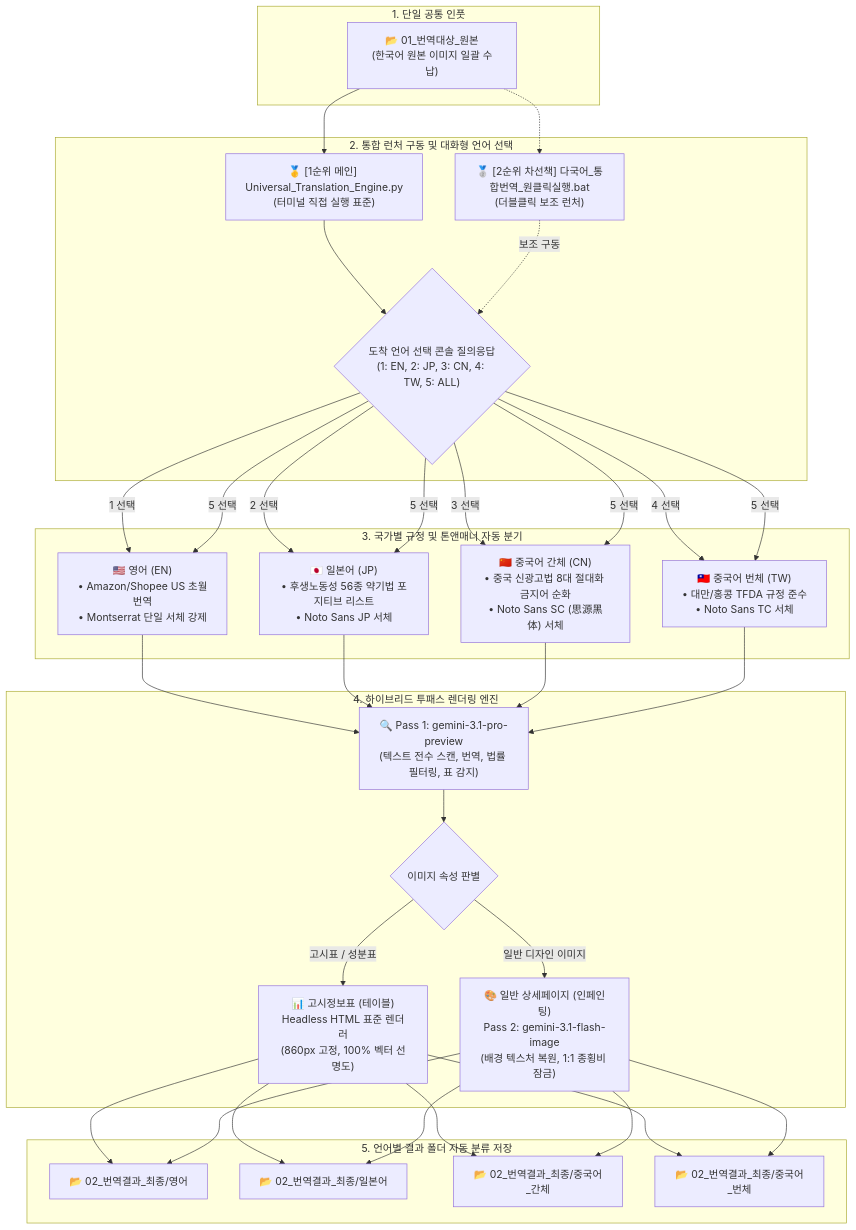
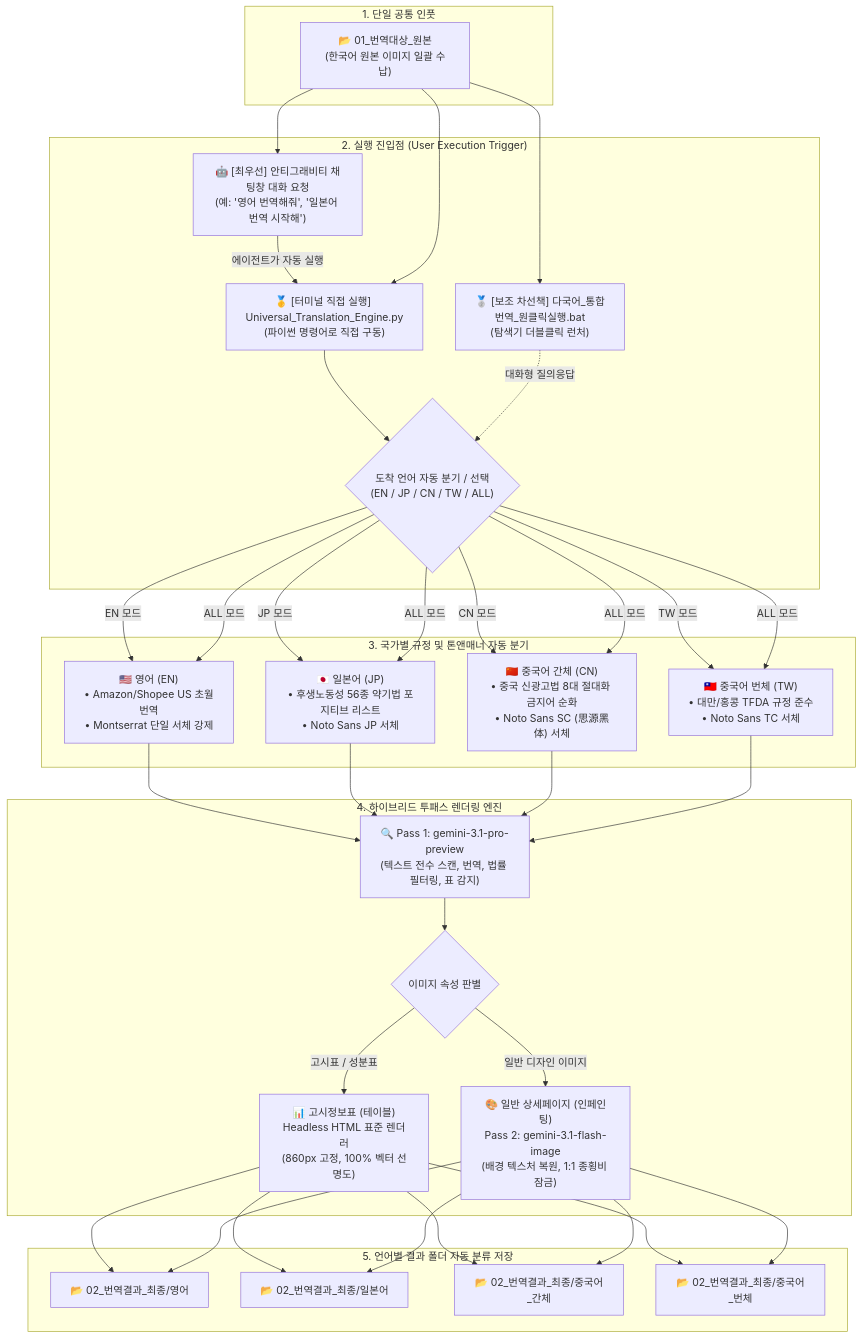
The diagram in README.md (euntaewoo/PANDORA), drawn with Mermaid before and after one commit. The commit also changed other lines of this file, not shown here.

Commit message:
docs: Add Antigravity chat trigger instructions to README

````diff
--- a/README.md
+++ b/README.md
@@ -9,52 +9,52 @@
 ```mermaid
 flowchart TD
     subgraph S1["1. 단일 공통 인풋"]
         IN["📂 01_번역대상_원본<br/>(한국어 원본 이미지 일괄 수납)"]
     end
 
-    subgraph S2["2. 통합 런처 구동 및 대화형 언어 선택"]
-        P_MAIN["🥇 [1순위 메인] Universal_Translation_Engine.py<br/>(터미널 직접 실행 표준)"]
-        BAT_SUB["🥈 [2순위 차선책] 다국어_통합번역_원클릭실행.bat<br/>(더블클릭 보조 런처)"]
-        PROMPT{"도착 언어 선택 콘솔 질의응답<br/>(1: EN, 2: JP, 3: CN, 4: TW, 5: ALL)"}
+    subgraph S2["2. 실행 진입점 (User Execution Trigger)"]
+        AGENT["🤖 [최우선] 안티그래비티 채팅창 대화 요청<br/>(예: '영어 번역해줘', '일본어 번역 시작해')"]
+        P_MAIN["🥇 [터미널 직접 실행] Universal_Translation_Engine.py<br/>(파이썬 명령어로 직접 구동)"]
+        BAT_SUB["🥈 [보조 차선책] 다국어_통합번역_원클릭실행.bat<br/>(탐색기 더블클릭 런처)"]
         
-        P_MAIN --> PROMPT
-        BAT_SUB -.->|보조 구동| PROMPT
+        AGENT -->|에이전트가 자동 실행| P_MAIN
+        P_MAIN --> PROMPT{"도착 언어 자동 분기 / 선택<br/>(EN / JP / CN / TW / ALL)"}
+        BAT_SUB -.->|대화형 질의응답| PROMPT
     end
 
     subgraph S3["3. 국가별 규정 및 톤앤매너 자동 분기"]
         EN["🇺🇸 영어 (EN)<br/>• Amazon/Shopee US 초월번역<br/>• Montserrat 단일 서체 강제"]
         JP["🇯🇵 일본어 (JP)<br/>• 후생노동성 56종 약기법 포지티브 리스트<br/>• Noto Sans JP 서체"]
         CN["🇨🇳 중국어 간체 (CN)<br/>• 중국 신광고법 8대 절대화 금지어 순화<br/>• Noto Sans SC (思源黑体) 서체"]
         TW["🇹🇼 중국어 번체 (TW)<br/>• 대만/홍콩 TFDA 규정 준수<br/>• Noto Sans TC 서체"]
     end
 
     subgraph S4["4. 하이브리드 투패스 렌더링 엔진"]
         P1["🔍 Pass 1: gemini-3.1-pro-preview<br/>(텍스트 전수 스캔, 번역, 법률 필터링, 표 감지)"]
         DECIDE{"이미지 속성 판별"}
         
         HTML["📊 고시정보표 (테이블)<br/>Headless HTML 표준 렌더러<br/>(860px 고정, 100% 벡터 선명도)"]
         P2["🎨 일반 상세페이지 (인페인팅)<br/>Pass 2: gemini-3.1-flash-image<br/>(배경 텍스처 복원, 1:1 종횡비 잠금)"]
         
         P1 --> DECIDE
         DECIDE -->|고시표 / 성분표| HTML
         DECIDE -->|일반 디자인 이미지| P2
     end
 
     subgraph S5["5. 언어별 결과 폴더 자동 분류 저장"]
         OUT_EN["📂 02_번역결과_최종/영어"]
         OUT_JP["📂 02_번역결과_최종/일본어"]
         OUT_CN["📂 02_번역결과_최종/중국어_간체"]
         OUT_TW["📂 02_번역결과_최종/중국어_번체"]
     end
 
-    IN --> P_MAIN
-    IN -.-> BAT_SUB
-    PROMPT -->|1 선택| EN
-    PROMPT -->|2 선택| JP
-    PROMPT -->|3 선택| CN
-    PROMPT -->|4 선택| TW
-    PROMPT -->|5 선택| EN & JP & CN & TW
+    IN --> AGENT & P_MAIN & BAT_SUB
+    PROMPT -->|EN 모드| EN
+    PROMPT -->|JP 모드| JP
+    PROMPT -->|CN 모드| CN
+    PROMPT -->|TW 모드| TW
+    PROMPT -->|ALL 모드| EN & JP & CN & TW
 
     EN & JP & CN & TW --> P1
     HTML & P2 --> OUT_EN & OUT_JP & OUT_CN & OUT_TW
 ```
````
